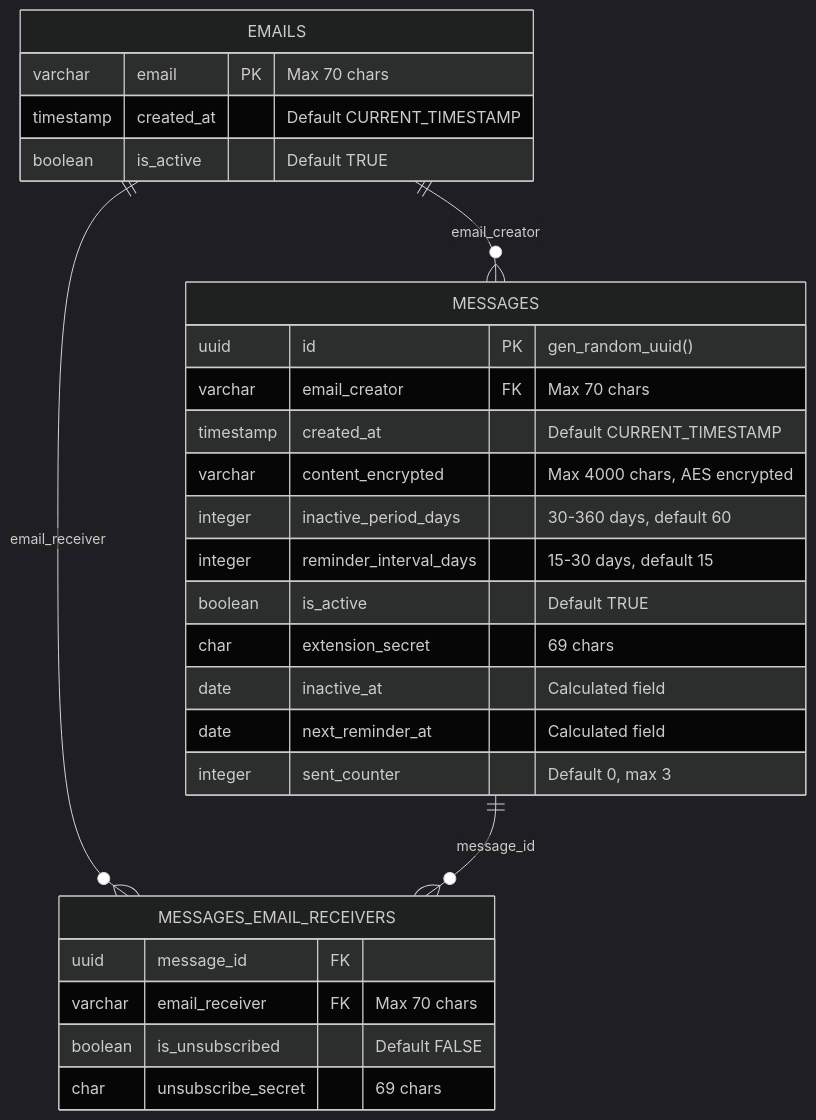
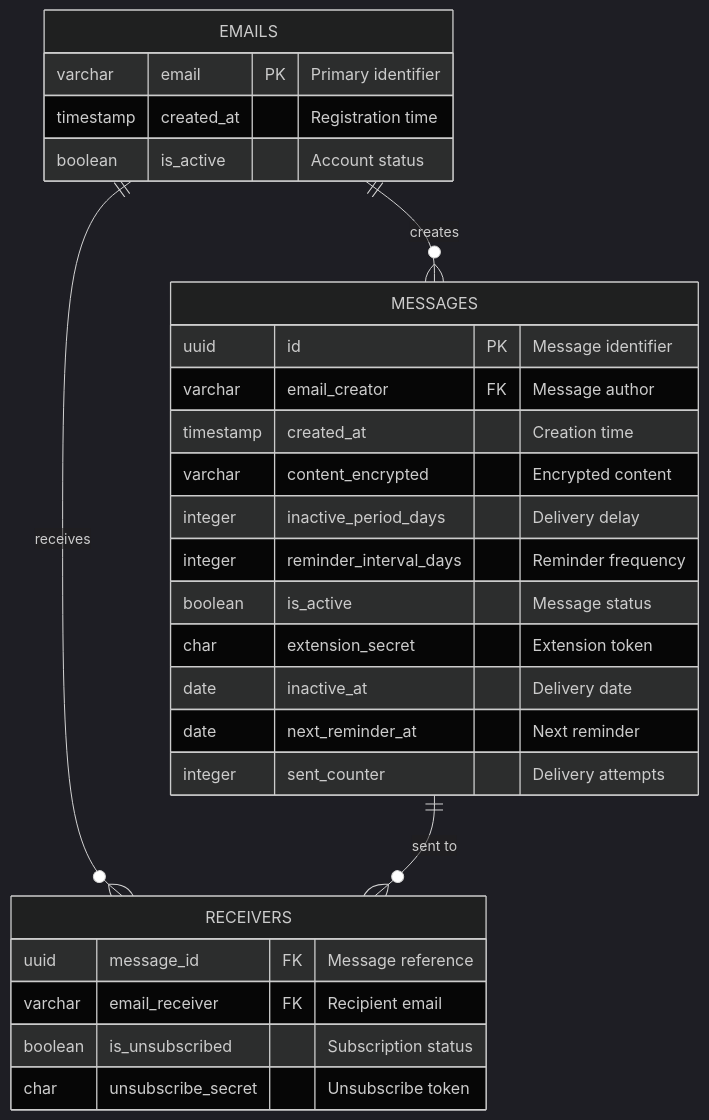
One commit to asendia/legacy-api changed the third of 3 diagrams in README.md. Above: the diagram before and after it, drawn with Mermaid (dark theme). The commit also changed other lines of this file, not shown here.

Commit message:
Update diagram styles

````diff
--- a/README.md
+++ b/README.md
@@ -131,33 +129,33 @@
 ```mermaid
 erDiagram
     EMAILS {
-        varchar email PK "Max 70 chars"
-        timestamp created_at "Default CURRENT_TIMESTAMP"
-        boolean is_active "Default TRUE"
+        varchar email PK "Primary identifier"
+        timestamp created_at "Registration time"
+        boolean is_active "Account status"
     }
     
     MESSAGES {
-        uuid id PK "gen_random_uuid()"
-        varchar email_creator FK "Max 70 chars"
-        timestamp created_at "Default CURRENT_TIMESTAMP"
-        varchar content_encrypted "Max 4000 chars, AES encrypted"
-        integer inactive_period_days "30-360 days, default 60"
-        integer reminder_interval_days "15-30 days, default 15"
-        boolean is_active "Default TRUE"
-        char extension_secret "69 chars"
-        date inactive_at "Calculated field"
-        date next_reminder_at "Calculated field"
-        integer sent_counter "Default 0, max 3"
+        uuid id PK "Message identifier"
+        varchar email_creator FK "Message author"
+        timestamp created_at "Creation time"
+        varchar content_encrypted "Encrypted content"
+        integer inactive_period_days "Delivery delay"
+        integer reminder_interval_days "Reminder frequency"
+        boolean is_active "Message status"
+        char extension_secret "Extension token"
+        date inactive_at "Delivery date"
+        date next_reminder_at "Next reminder"
+        integer sent_counter "Delivery attempts"
     }
     
-    MESSAGES_EMAIL_RECEIVERS {
-        uuid message_id FK
-        varchar email_receiver FK "Max 70 chars"
-        boolean is_unsubscribed "Default FALSE"
-        char unsubscribe_secret "69 chars"
+    RECEIVERS {
+        uuid message_id FK "Message reference"
+        varchar email_receiver FK "Recipient email"
+        boolean is_unsubscribed "Subscription status"
+        char unsubscribe_secret "Unsubscribe token"
     }
     
-    EMAILS ||--o{ MESSAGES : "email_creator"
-    EMAILS ||--o{ MESSAGES_EMAIL_RECEIVERS : "email_receiver"
-    MESSAGES ||--o{ MESSAGES_EMAIL_RECEIVERS : "message_id"
+    EMAILS ||--o{ MESSAGES : creates
+    EMAILS ||--o{ RECEIVERS : receives
+    MESSAGES ||--o{ RECEIVERS : "sent to"
 ```
````
